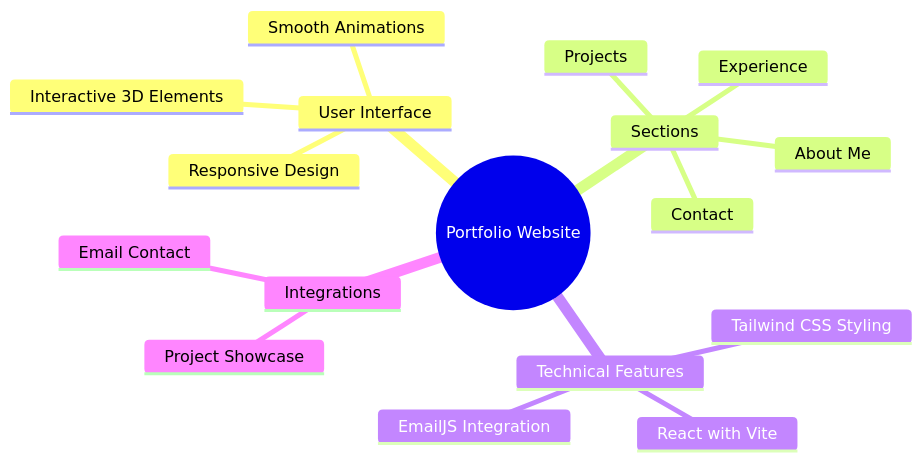
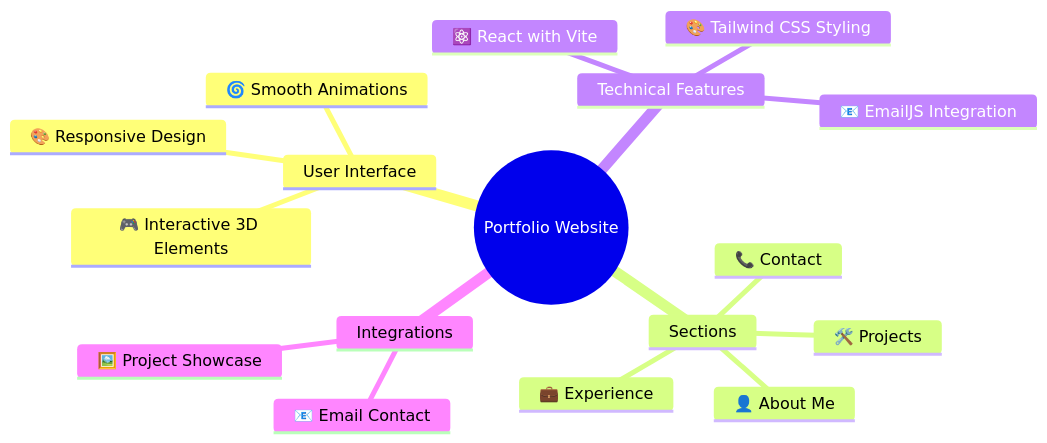
The diagram in README.md (Ayan-Bhaumik/My_Portfolio), drawn with Mermaid before and after one commit. The commit also changed other lines of this file, not shown here.

````diff
--- a/README.md
+++ b/README.md
@@ -9,20 +8,20 @@
 ```mermaid
 mindmap
   root((Portfolio Website))
     User Interface
-      Responsive Design
-      Smooth Animations
-      Interactive 3D Elements
+      🎨 Responsive Design
+      🌀 Smooth Animations
+      🎮 Interactive 3D Elements
     Sections
-      About Me
-      Experience
-      Projects
-      Contact
+      👤 About Me
+      💼 Experience
+      🛠️ Projects
+      📞 Contact
     Technical Features
-      React with Vite
-      Tailwind CSS Styling
-      EmailJS Integration
+      ⚛️ React with Vite
+      🎨 Tailwind CSS Styling
+      📧 EmailJS Integration
     Integrations
-       Email Contact
-      Project Showcase
+      📧 Email Contact
+      🖼️ Project Showcase
 ```
````
